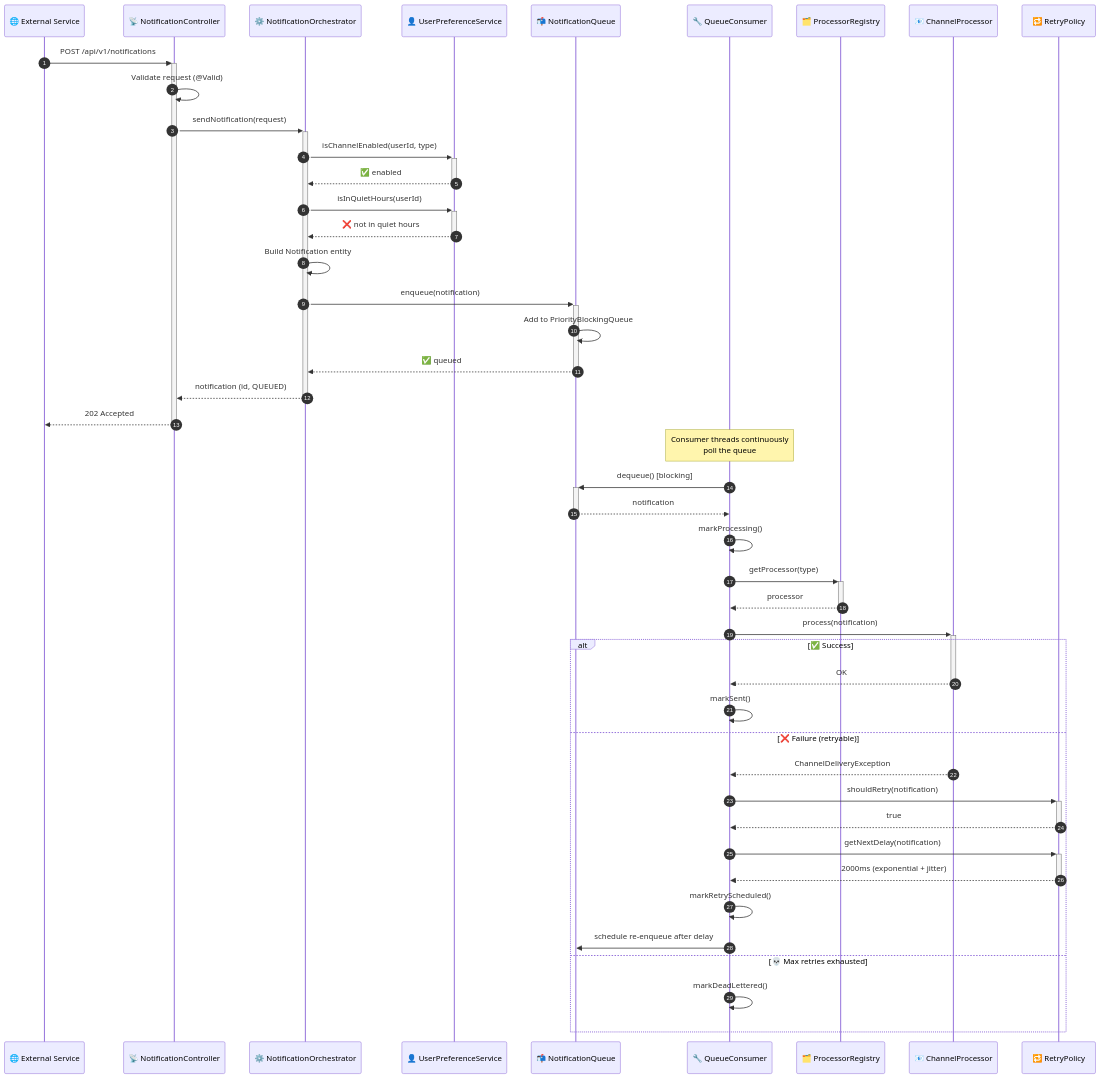
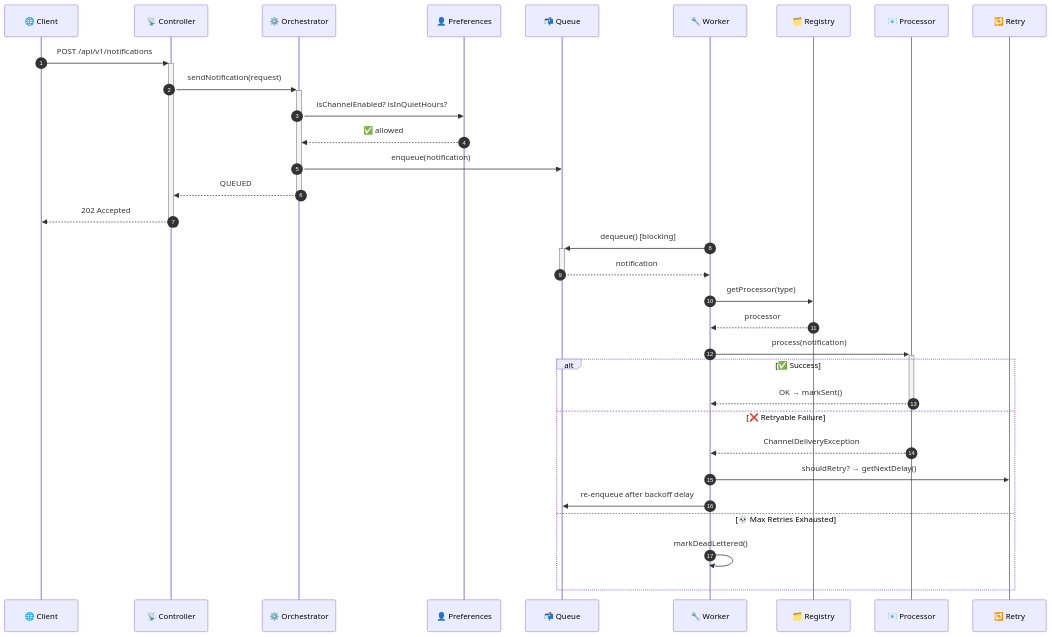
Before and after one commit to tapeshchavle/notification-service: the second of 4 diagrams in README.md, drawn with Mermaid. The commit also changed other lines of this file, not shown here.

````diff
--- a/README.md
+++ b/README.md
@@ -125,58 +84,37 @@
 ```mermaid
 sequenceDiagram
     autonumber
-    participant Client as 🌐 External Service
-    participant Ctrl as 📡 NotificationController
-    participant Orch as ⚙️ NotificationOrchestrator
-    participant Pref as 👤 UserPreferenceService
-    participant Queue as 📬 NotificationQueue
-    participant Consumer as 🔧 QueueConsumer
-    participant Registry as 🗂️ ProcessorRegistry
-    participant Processor as 📧 ChannelProcessor
-    participant Retry as 🔁 RetryPolicy
+    participant C as 🌐 Client
+    participant Ctrl as 📡 Controller
+    participant Orch as ⚙️ Orchestrator
+    participant Pref as 👤 Preferences
+    participant Q as 📬 Queue
+    participant W as 🔧 Worker
+    participant Reg as 🗂️ Registry
+    participant P as 📧 Processor
+    participant R as 🔁 Retry
 
-    Client->>+Ctrl: POST /api/v1/notifications
-    Ctrl->>Ctrl: Validate request (@Valid)
+    C->>+Ctrl: POST /api/v1/notifications
     Ctrl->>+Orch: sendNotification(request)
+    Orch->>Pref: isChannelEnabled? isInQuietHours?
+    Pref-->>Orch: ✅ allowed
+    Orch->>Q: enqueue(notification)
+    Orch-->>-Ctrl: QUEUED
+    Ctrl-->>-C: 202 Accepted
 
-    Orch->>+Pref: isChannelEnabled(userId, type)
-    Pref-->>-Orch: ✅ enabled
-
-    Orch->>+Pref: isInQuietHours(userId)
-    Pref-->>-Orch: ❌ not in quiet hours
-
-    Orch->>Orch: Build Notification entity
-    Orch->>+Queue: enqueue(notification)
-    Queue->>Queue: Add to PriorityBlockingQueue
-    Queue-->>-Orch: ✅ queued
-    Orch-->>-Ctrl: notification (id, QUEUED)
-    Ctrl-->>-Client: 202 Accepted
-
-    Note over Consumer: Consumer threads continuously<br/>poll the queue
-
-    Consumer->>+Queue: dequeue() [blocking]
-    Queue-->>-Consumer: notification
-
-    Consumer->>Consumer: markProcessing()
-    Consumer->>+Registry: getProcessor(type)
-    Registry-->>-Consumer: processor
-
-    Consumer->>+Processor: process(notification)
+    W->>+Q: dequeue() [blocking]
+    Q-->>-W: notification
+    W->>Reg: getProcessor(type)
+    Reg-->>W: processor
+    W->>+P: process(notification)
 
     alt ✅ Success
-        Processor-->>-Consumer: OK
-        Consumer->>Consumer: markSent()
-    else ❌ Failure (retryable)
-        Processor-->>Consumer: ChannelDeliveryException
-        Consumer->>+Retry: shouldRetry(notification)
-        Retry-->>-Consumer: true
-
-        Consumer->>+Retry: getNextDelay(notification)
-        Retry-->>-Consumer: 2000ms (exponential + jitter)
-
-        Consumer->>Consumer: markRetryScheduled()
-        Consumer->>Queue: schedule re-enqueue after delay
-    else 💀 Max retries exhausted
-        Consumer->>Consumer: markDeadLettered()
+        P-->>-W: OK → markSent()
+    else ❌ Retryable Failure
+        P-->>W: ChannelDeliveryException
+        W->>R: shouldRetry? → getNextDelay()
+        W->>Q: re-enqueue after backoff delay
+    else 💀 Max Retries Exhausted
+        W->>W: markDeadLettered()
     end
 ```
````
